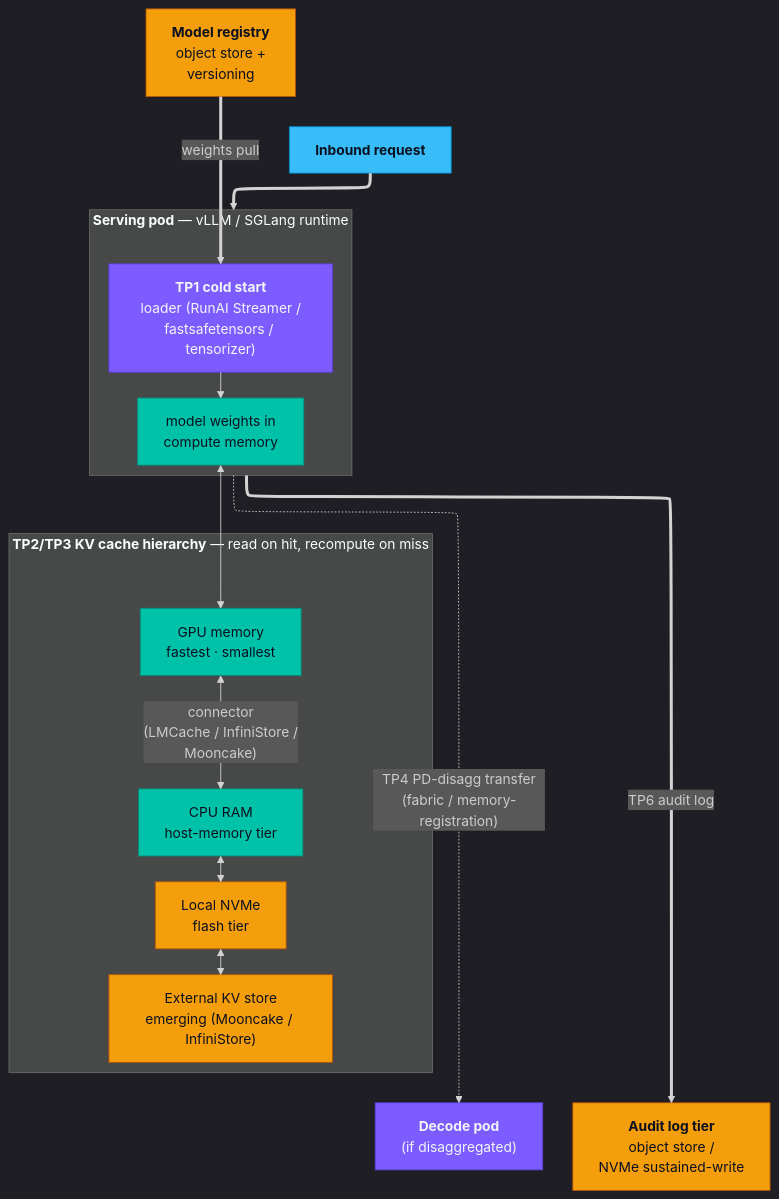
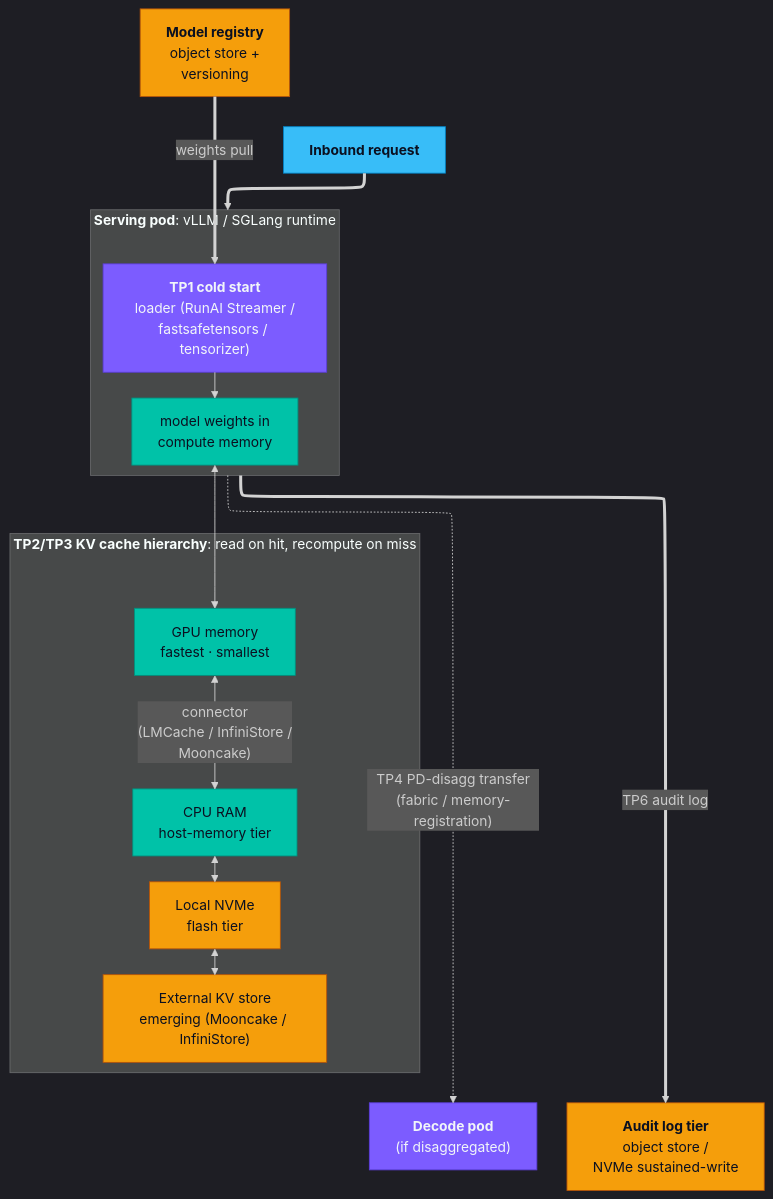
Before and after one commit to knachiketa04/aihomelab: the diagram in artifacts/concepts/storage-touchpoints-map/inference.mmd, drawn with Mermaid. The commit also changed 7 other files, not shown here.

```diff
--- a/artifacts/concepts/storage-touchpoints-map/inference.mmd
+++ b/artifacts/concepts/storage-touchpoints-map/inference.mmd
@@ -1,38 +1,38 @@
 %%{init: {'theme':'dark', 'flowchart': {'defaultRenderer': 'elk'}}}%%
 flowchart TB
     classDef storage    fill:#F59E0B,stroke:#B45309,color:#0B1020,stroke-width:1px
     classDef compute    fill:#7C5CFF,stroke:#5B3DD9,color:#F1F5F9,stroke-width:1px
     classDef memory     fill:#00C2A8,stroke:#008F7E,color:#0B1020,stroke-width:1px
     classDef fabric     fill:#38BDF8,stroke:#0284C7,color:#0B1020,stroke-width:1px
     classDef tier       fill:#0F172A,stroke:#475569,color:#F1F5F9,stroke-width:2px
 
     REQ["<b>Inbound request</b>"]:::fabric
 
     REG["<b>Model registry</b><br>object store +<br>versioning"]:::storage
 
-    subgraph SERVING["<b>Serving pod</b> — vLLM / SGLang runtime"]
+    subgraph SERVING["<b>Serving pod</b>: vLLM / SGLang runtime"]
         direction TB
         LOADER["<b>TP1 cold start</b><br>loader (RunAI Streamer /<br>fastsafetensors / tensorizer)"]:::compute
         WEIGHTS["model weights in<br>compute memory"]:::memory
     end
 
-    subgraph KVTIER["<b>TP2/TP3 KV cache hierarchy</b> — read on hit, recompute on miss"]
+    subgraph KVTIER["<b>TP2/TP3 KV cache hierarchy</b>: read on hit, recompute on miss"]
         direction TB
         K1["GPU memory<br>fastest · smallest"]:::memory
         K2["CPU RAM<br>host-memory tier"]:::memory
         K3["Local NVMe<br>flash tier"]:::storage
         K4["External KV store<br>emerging (Mooncake / InfiniStore)"]:::storage
         K1 <-->|"connector<br>(LMCache / InfiniStore /<br>Mooncake)"| K2
         K2 <--> K3
         K3 <--> K4
     end
 
     DECODE["<b>Decode pod</b><br>(if disaggregated)"]:::compute
     LOG["<b>Audit log tier</b><br>object store /<br>NVMe sustained-write"]:::storage
 
     REG ==>|"weights pull"| LOADER
     LOADER --> WEIGHTS
     REQ ==> SERVING
     WEIGHTS <--> K1
     SERVING -.->|"TP4 PD-disagg transfer<br>(fabric / memory-registration)"| DECODE
     SERVING ==>|"TP6 audit log"| LOG
```
